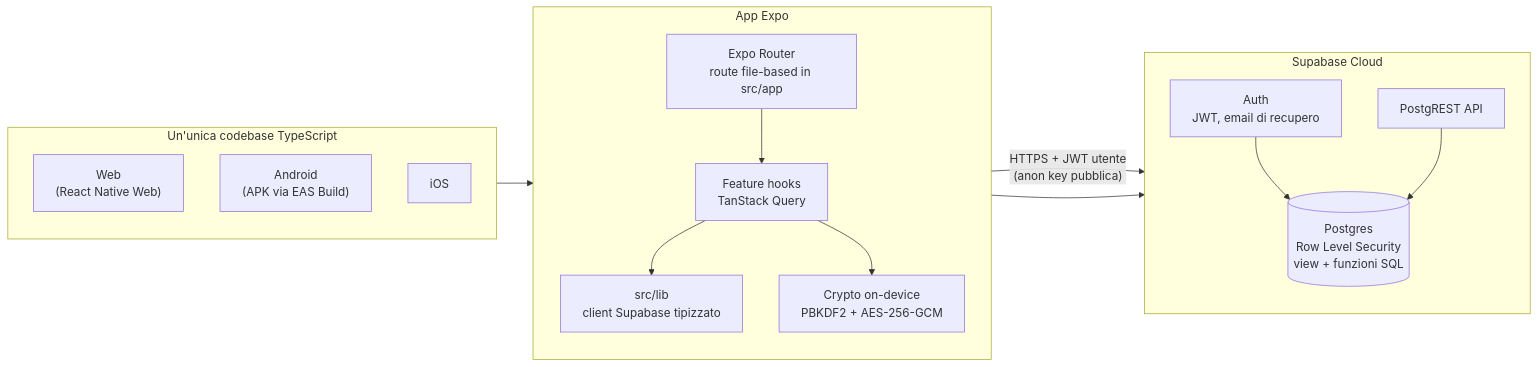
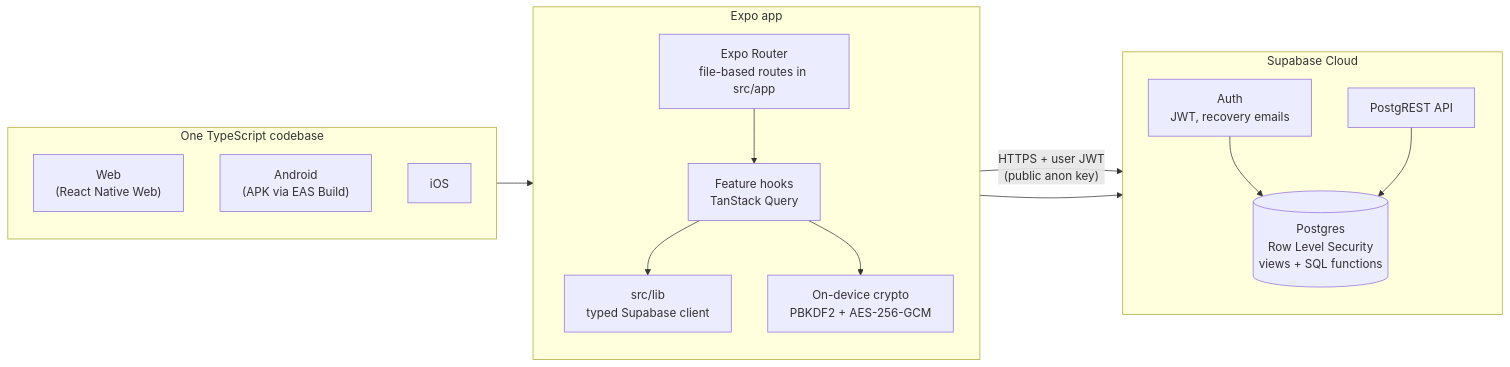
The first of 4 diagrams in README.md (MattiP99/Manager_App), drawn with Mermaid before and after one commit. The commit also changed other lines of this file, not shown here.

````diff
--- a/README.md
+++ b/README.md
@@ -50,32 +56,32 @@
 ```mermaid
 flowchart LR
-    subgraph Client["Un'unica codebase TypeScript"]
+    subgraph Client["One TypeScript codebase"]
         direction TB
         W["Web<br/>(React Native Web)"]
         A["Android<br/>(APK via EAS Build)"]
         I["iOS"]
     end
 
-    subgraph App["App Expo"]
+    subgraph App["Expo app"]
         direction TB
-        R["Expo Router<br/>route file-based in src/app"]
+        R["Expo Router<br/>file-based routes in src/app"]
         F["Feature hooks<br/>TanStack Query"]
-        L["src/lib<br/>client Supabase tipizzato"]
-        C["Crypto on-device<br/>PBKDF2 + AES-256-GCM"]
+        L["src/lib<br/>typed Supabase client"]
+        C["On-device crypto<br/>PBKDF2 + AES-256-GCM"]
         R --> F --> L
         F --> C
     end
 
     subgraph Supabase["Supabase Cloud"]
         direction TB
-        AU["Auth<br/>JWT, email di recupero"]
+        AU["Auth<br/>JWT, recovery emails"]
         PG["PostgREST API"]
-        DB[("Postgres<br/>Row Level Security<br/>view + funzioni SQL")]
+        DB[("Postgres<br/>Row Level Security<br/>views + SQL functions")]
         AU --> DB
         PG --> DB
     end
 
     Client --> App
-    L -- "HTTPS + JWT utente<br/>(anon key pubblica)" --> PG
+    L -- "HTTPS + user JWT<br/>(public anon key)" --> PG
     L --> AU
 ```
````
